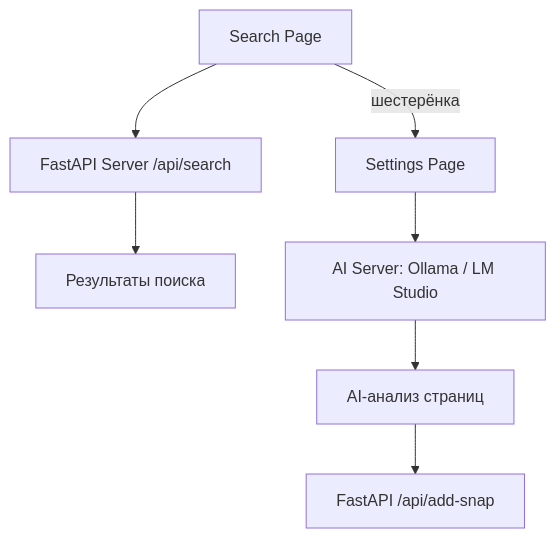
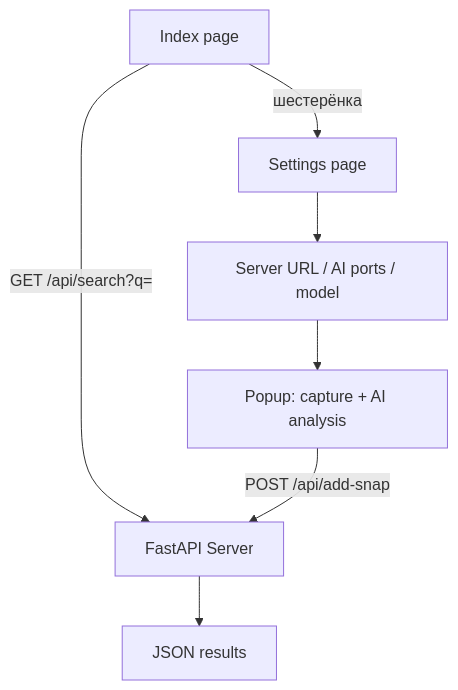
Before and after one commit to OlegUshakov-pl/APEX-Snap-Chrome-Extension: the diagram in README.md, drawn with Mermaid. The commit also changed other lines of this file and 10 other files, not shown here.

````diff
--- a/README.md
+++ b/README.md
@@ -73,9 +76,9 @@
 ```mermaid
 graph TD
-    A[Search Page] --> B[FastAPI Server /api/search]
-    B --> C[Результаты поиска]
-    A -->|шестерёнка| D[Settings Page]
-    D --> E[AI Server: Ollama / LM Studio]
-    E --> F[AI-анализ страниц]
-    F --> G[FastAPI /api/add-snap]
+    A[Index page] -->|GET /api/search?q=| B[FastAPI Server]
+    B --> C[JSON results]
+    A -->|шестерёнка| D[Settings page]
+    D --> E[Server URL / AI ports / model]
+    E --> F[Popup: capture + AI analysis]
+    F -->|POST /api/add-snap| B
 ```
````
